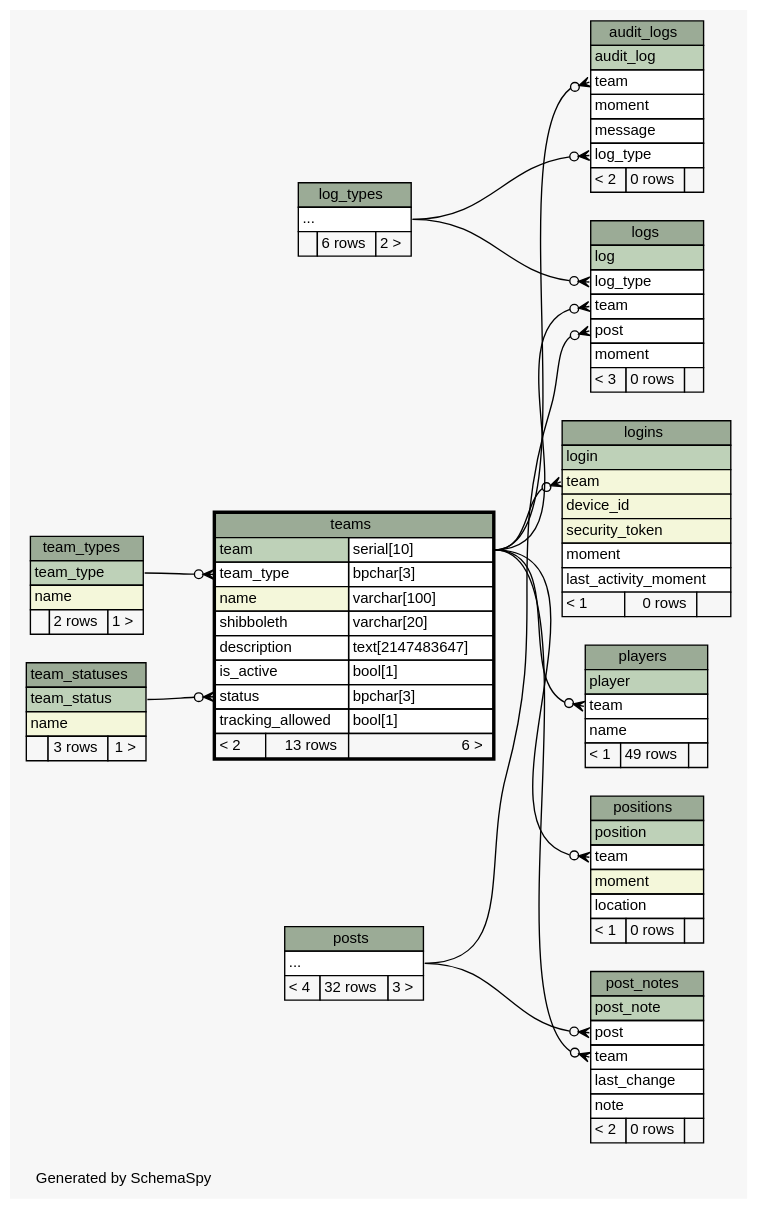
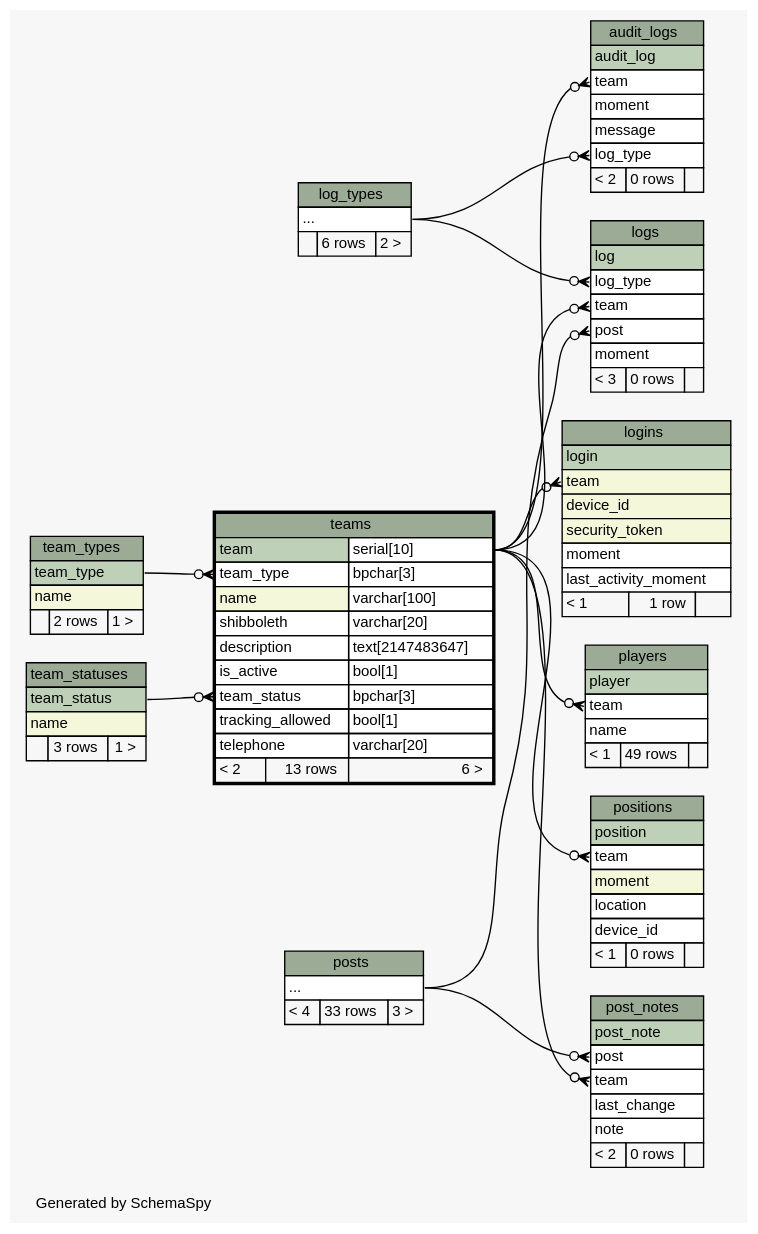
One commit to xmarwin/brazda changed the diagram in Brazda/doc/db/diagrams/teams.2degrees.dot. Above: the diagram before and after it, drawn with Graphviz. The commit also changed 100 other files, not shown here.

```diff
--- a/Brazda/doc/db/diagrams/teams.2degrees.dot
+++ b/Brazda/doc/db/diagrams/teams.2degrees.dot
@@ -1,175 +1,177 @@
 // dot 2.40.1 on Linux 4.11.5-gentoo
 // SchemaSpy rev 590
 digraph "twoDegreesRelationshipsDiagram" {
   graph [
     rankdir="RL"
     bgcolor="#f7f7f7"
     label="\nGenerated by SchemaSpy"
     labeljust="l"
     nodesep="0.18"
     ranksep="0.46"
     fontname="Helvetica"
     fontsize="11"
   ];
   node [
     fontname="Helvetica"
     fontsize="11"
     shape="plaintext"
   ];
   edge [
     arrowsize="0.8"
   ];
   "audit_logs":"log_type":w -> "log_types":"elipses":e [arrowhead=none dir=back arrowtail=crowodot];
   "audit_logs":"team":w -> "teams":"team.type":e [arrowhead=none dir=back arrowtail=crowodot];
   "logins":"team":w -> "teams":"team.type":e [arrowhead=none dir=back arrowtail=crowodot];
   "logs":"log_type":w -> "log_types":"elipses":e [arrowhead=none dir=back arrowtail=crowodot];
   "logs":"post":w -> "posts":"elipses":e [arrowhead=none dir=back arrowtail=crowodot];
   "logs":"team":w -> "teams":"team.type":e [arrowhead=none dir=back arrowtail=crowodot];
   "players":"team":w -> "teams":"team.type":e [arrowhead=none dir=back arrowtail=crowodot];
   "positions":"team":w -> "teams":"team.type":e [arrowhead=none dir=back arrowtail=crowodot];
   "post_notes":"post":w -> "posts":"elipses":e [arrowhead=none dir=back arrowtail=crowodot];
   "post_notes":"team":w -> "teams":"team.type":e [arrowhead=none dir=back arrowtail=crowodot];
-  "teams":"status":w -> "team_statuses":"team_status":e [arrowhead=none dir=back arrowtail=crowodot];
+  "teams":"team_status":w -> "team_statuses":"team_status":e [arrowhead=none dir=back arrowtail=crowodot];
   "teams":"team_type":w -> "team_types":"team_type":e [arrowhead=none dir=back arrowtail=crowodot];
   "audit_logs" [
     label=<
     <TABLE BORDER="0" CELLBORDER="1" CELLSPACING="0" BGCOLOR="#ffffff">
       <TR><TD COLSPAN="3" BGCOLOR="#9bab96" ALIGN="CENTER">audit_logs</TD></TR>
       <TR><TD PORT="audit_log" COLSPAN="3" BGCOLOR="#bed1b8" ALIGN="LEFT">audit_log</TD></TR>
       <TR><TD PORT="team" COLSPAN="3" ALIGN="LEFT">team</TD></TR>
       <TR><TD PORT="moment" COLSPAN="3" ALIGN="LEFT">moment</TD></TR>
       <TR><TD PORT="message" COLSPAN="3" ALIGN="LEFT">message</TD></TR>
       <TR><TD PORT="log_type" COLSPAN="3" ALIGN="LEFT">log_type</TD></TR>
       <TR><TD ALIGN="LEFT" BGCOLOR="#f7f7f7">&lt; 2</TD><TD ALIGN="RIGHT" BGCOLOR="#f7f7f7">0 rows</TD><TD ALIGN="RIGHT" BGCOLOR="#f7f7f7">  </TD></TR>
     </TABLE>>
     URL="audit_logs.html"
     tooltip="audit_logs"
   ];
   "log_types" [
     label=<
     <TABLE BORDER="0" CELLBORDER="1" CELLSPACING="0" BGCOLOR="#ffffff">
       <TR><TD COLSPAN="3" BGCOLOR="#9bab96" ALIGN="CENTER">log_types</TD></TR>
       <TR><TD PORT="elipses" COLSPAN="3" ALIGN="LEFT">...</TD></TR>
       <TR><TD ALIGN="LEFT" BGCOLOR="#f7f7f7">  </TD><TD ALIGN="RIGHT" BGCOLOR="#f7f7f7">6 rows</TD><TD ALIGN="RIGHT" BGCOLOR="#f7f7f7">2 &gt;</TD></TR>
     </TABLE>>
     URL="log_types.html"
     tooltip="log_types"
   ];
   "logins" [
     label=<
     <TABLE BORDER="0" CELLBORDER="1" CELLSPACING="0" BGCOLOR="#ffffff">
       <TR><TD COLSPAN="3" BGCOLOR="#9bab96" ALIGN="CENTER">logins</TD></TR>
       <TR><TD PORT="login" COLSPAN="3" BGCOLOR="#bed1b8" ALIGN="LEFT">login</TD></TR>
       <TR><TD PORT="team" COLSPAN="3" BGCOLOR="#f4f7da" ALIGN="LEFT">team</TD></TR>
       <TR><TD PORT="device_id" COLSPAN="3" BGCOLOR="#f4f7da" ALIGN="LEFT">device_id</TD></TR>
       <TR><TD PORT="security_token" COLSPAN="3" BGCOLOR="#f4f7da" ALIGN="LEFT">security_token</TD></TR>
       <TR><TD PORT="moment" COLSPAN="3" ALIGN="LEFT">moment</TD></TR>
       <TR><TD PORT="last_activity_moment" COLSPAN="3" ALIGN="LEFT">last_activity_moment</TD></TR>
-      <TR><TD ALIGN="LEFT" BGCOLOR="#f7f7f7">&lt; 1</TD><TD ALIGN="RIGHT" BGCOLOR="#f7f7f7">0 rows</TD><TD ALIGN="RIGHT" BGCOLOR="#f7f7f7">  </TD></TR>
+      <TR><TD ALIGN="LEFT" BGCOLOR="#f7f7f7">&lt; 1</TD><TD ALIGN="RIGHT" BGCOLOR="#f7f7f7">1 row</TD><TD ALIGN="RIGHT" BGCOLOR="#f7f7f7">  </TD></TR>
     </TABLE>>
     URL="logins.html"
     tooltip="logins"
   ];
   "logs" [
     label=<
     <TABLE BORDER="0" CELLBORDER="1" CELLSPACING="0" BGCOLOR="#ffffff">
       <TR><TD COLSPAN="3" BGCOLOR="#9bab96" ALIGN="CENTER">logs</TD></TR>
       <TR><TD PORT="log" COLSPAN="3" BGCOLOR="#bed1b8" ALIGN="LEFT">log</TD></TR>
       <TR><TD PORT="log_type" COLSPAN="3" ALIGN="LEFT">log_type</TD></TR>
       <TR><TD PORT="team" COLSPAN="3" ALIGN="LEFT">team</TD></TR>
       <TR><TD PORT="post" COLSPAN="3" ALIGN="LEFT">post</TD></TR>
       <TR><TD PORT="moment" COLSPAN="3" ALIGN="LEFT">moment</TD></TR>
       <TR><TD ALIGN="LEFT" BGCOLOR="#f7f7f7">&lt; 3</TD><TD ALIGN="RIGHT" BGCOLOR="#f7f7f7">0 rows</TD><TD ALIGN="RIGHT" BGCOLOR="#f7f7f7">  </TD></TR>
     </TABLE>>
     URL="logs.html"
     tooltip="logs"
   ];
   "players" [
     label=<
     <TABLE BORDER="0" CELLBORDER="1" CELLSPACING="0" BGCOLOR="#ffffff">
       <TR><TD COLSPAN="3" BGCOLOR="#9bab96" ALIGN="CENTER">players</TD></TR>
       <TR><TD PORT="player" COLSPAN="3" BGCOLOR="#bed1b8" ALIGN="LEFT">player</TD></TR>
       <TR><TD PORT="team" COLSPAN="3" ALIGN="LEFT">team</TD></TR>
       <TR><TD PORT="name" COLSPAN="3" ALIGN="LEFT">name</TD></TR>
       <TR><TD ALIGN="LEFT" BGCOLOR="#f7f7f7">&lt; 1</TD><TD ALIGN="RIGHT" BGCOLOR="#f7f7f7">49 rows</TD><TD ALIGN="RIGHT" BGCOLOR="#f7f7f7">  </TD></TR>
     </TABLE>>
     URL="players.html"
     tooltip="players"
   ];
   "positions" [
     label=<
     <TABLE BORDER="0" CELLBORDER="1" CELLSPACING="0" BGCOLOR="#ffffff">
       <TR><TD COLSPAN="3" BGCOLOR="#9bab96" ALIGN="CENTER">positions</TD></TR>
       <TR><TD PORT="position" COLSPAN="3" BGCOLOR="#bed1b8" ALIGN="LEFT">position</TD></TR>
       <TR><TD PORT="team" COLSPAN="3" ALIGN="LEFT">team</TD></TR>
       <TR><TD PORT="moment" COLSPAN="3" BGCOLOR="#f4f7da" ALIGN="LEFT">moment</TD></TR>
       <TR><TD PORT="location" COLSPAN="3" ALIGN="LEFT">location</TD></TR>
+      <TR><TD PORT="device_id" COLSPAN="3" ALIGN="LEFT">device_id</TD></TR>
       <TR><TD ALIGN="LEFT" BGCOLOR="#f7f7f7">&lt; 1</TD><TD ALIGN="RIGHT" BGCOLOR="#f7f7f7">0 rows</TD><TD ALIGN="RIGHT" BGCOLOR="#f7f7f7">  </TD></TR>
     </TABLE>>
     URL="positions.html"
     tooltip="positions"
   ];
   "post_notes" [
     label=<
     <TABLE BORDER="0" CELLBORDER="1" CELLSPACING="0" BGCOLOR="#ffffff">
       <TR><TD COLSPAN="3" BGCOLOR="#9bab96" ALIGN="CENTER">post_notes</TD></TR>
       <TR><TD PORT="post_note" COLSPAN="3" BGCOLOR="#bed1b8" ALIGN="LEFT">post_note</TD></TR>
       <TR><TD PORT="post" COLSPAN="3" ALIGN="LEFT">post</TD></TR>
       <TR><TD PORT="team" COLSPAN="3" ALIGN="LEFT">team</TD></TR>
       <TR><TD PORT="last_change" COLSPAN="3" ALIGN="LEFT">last_change</TD></TR>
       <TR><TD PORT="note" COLSPAN="3" ALIGN="LEFT">note</TD></TR>
       <TR><TD ALIGN="LEFT" BGCOLOR="#f7f7f7">&lt; 2</TD><TD ALIGN="RIGHT" BGCOLOR="#f7f7f7">0 rows</TD><TD ALIGN="RIGHT" BGCOLOR="#f7f7f7">  </TD></TR>
     </TABLE>>
     URL="post_notes.html"
     tooltip="post_notes"
   ];
   "posts" [
     label=<
     <TABLE BORDER="0" CELLBORDER="1" CELLSPACING="0" BGCOLOR="#ffffff">
       <TR><TD COLSPAN="3" BGCOLOR="#9bab96" ALIGN="CENTER">posts</TD></TR>
       <TR><TD PORT="elipses" COLSPAN="3" ALIGN="LEFT">...</TD></TR>
-      <TR><TD ALIGN="LEFT" BGCOLOR="#f7f7f7">&lt; 4</TD><TD ALIGN="RIGHT" BGCOLOR="#f7f7f7">32 rows</TD><TD ALIGN="RIGHT" BGCOLOR="#f7f7f7">3 &gt;</TD></TR>
+      <TR><TD ALIGN="LEFT" BGCOLOR="#f7f7f7">&lt; 4</TD><TD ALIGN="RIGHT" BGCOLOR="#f7f7f7">33 rows</TD><TD ALIGN="RIGHT" BGCOLOR="#f7f7f7">3 &gt;</TD></TR>
     </TABLE>>
     URL="posts.html"
     tooltip="posts"
   ];
   "team_statuses" [
     label=<
     <TABLE BORDER="0" CELLBORDER="1" CELLSPACING="0" BGCOLOR="#ffffff">
       <TR><TD COLSPAN="3" BGCOLOR="#9bab96" ALIGN="CENTER">team_statuses</TD></TR>
       <TR><TD PORT="team_status" COLSPAN="3" BGCOLOR="#bed1b8" ALIGN="LEFT">team_status</TD></TR>
       <TR><TD PORT="name" COLSPAN="3" BGCOLOR="#f4f7da" ALIGN="LEFT">name</TD></TR>
       <TR><TD ALIGN="LEFT" BGCOLOR="#f7f7f7">  </TD><TD ALIGN="RIGHT" BGCOLOR="#f7f7f7">3 rows</TD><TD ALIGN="RIGHT" BGCOLOR="#f7f7f7">1 &gt;</TD></TR>
     </TABLE>>
     URL="team_statuses.html"
     tooltip="team_statuses"
   ];
   "team_types" [
     label=<
     <TABLE BORDER="0" CELLBORDER="1" CELLSPACING="0" BGCOLOR="#ffffff">
       <TR><TD COLSPAN="3" BGCOLOR="#9bab96" ALIGN="CENTER">team_types</TD></TR>
       <TR><TD PORT="team_type" COLSPAN="3" BGCOLOR="#bed1b8" ALIGN="LEFT">team_type</TD></TR>
       <TR><TD PORT="name" COLSPAN="3" BGCOLOR="#f4f7da" ALIGN="LEFT">name</TD></TR>
       <TR><TD ALIGN="LEFT" BGCOLOR="#f7f7f7">  </TD><TD ALIGN="RIGHT" BGCOLOR="#f7f7f7">2 rows</TD><TD ALIGN="RIGHT" BGCOLOR="#f7f7f7">1 &gt;</TD></TR>
     </TABLE>>
     URL="team_types.html"
     tooltip="team_types"
   ];
   "teams" [
     label=<
     <TABLE BORDER="2" CELLBORDER="1" CELLSPACING="0" BGCOLOR="#ffffff">
       <TR><TD COLSPAN="3" BGCOLOR="#9bab96" ALIGN="CENTER">teams</TD></TR>
       <TR><TD PORT="team" COLSPAN="2" BGCOLOR="#bed1b8" ALIGN="LEFT">team</TD><TD PORT="team.type" ALIGN="LEFT">serial[10]</TD></TR>
       <TR><TD PORT="team_type" COLSPAN="2" ALIGN="LEFT">team_type</TD><TD PORT="team_type.type" ALIGN="LEFT">bpchar[3]</TD></TR>
       <TR><TD PORT="name" COLSPAN="2" BGCOLOR="#f4f7da" ALIGN="LEFT">name</TD><TD PORT="name.type" ALIGN="LEFT">varchar[100]</TD></TR>
       <TR><TD PORT="shibboleth" COLSPAN="2" ALIGN="LEFT">shibboleth</TD><TD PORT="shibboleth.type" ALIGN="LEFT">varchar[20]</TD></TR>
       <TR><TD PORT="description" COLSPAN="2" ALIGN="LEFT">description</TD><TD PORT="description.type" ALIGN="LEFT">text[2147483647]</TD></TR>
       <TR><TD PORT="is_active" COLSPAN="2" ALIGN="LEFT">is_active</TD><TD PORT="is_active.type" ALIGN="LEFT">bool[1]</TD></TR>
-      <TR><TD PORT="status" COLSPAN="2" ALIGN="LEFT">status</TD><TD PORT="status.type" ALIGN="LEFT">bpchar[3]</TD></TR>
+      <TR><TD PORT="team_status" COLSPAN="2" ALIGN="LEFT">team_status</TD><TD PORT="team_status.type" ALIGN="LEFT">bpchar[3]</TD></TR>
       <TR><TD PORT="tracking_allowed" COLSPAN="2" ALIGN="LEFT">tracking_allowed</TD><TD PORT="tracking_allowed.type" ALIGN="LEFT">bool[1]</TD></TR>
+      <TR><TD PORT="telephone" COLSPAN="2" ALIGN="LEFT">telephone</TD><TD PORT="telephone.type" ALIGN="LEFT">varchar[20]</TD></TR>
       <TR><TD ALIGN="LEFT" BGCOLOR="#f7f7f7">&lt; 2</TD><TD ALIGN="RIGHT" BGCOLOR="#f7f7f7">13 rows</TD><TD ALIGN="RIGHT" BGCOLOR="#f7f7f7">6 &gt;</TD></TR>
     </TABLE>>
     URL="teams.html"
     tooltip="teams"
   ];
 }
```
